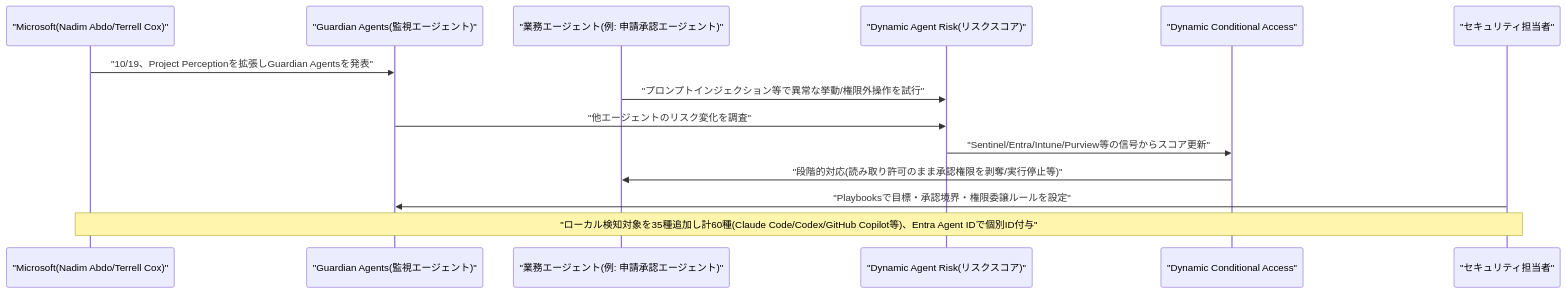
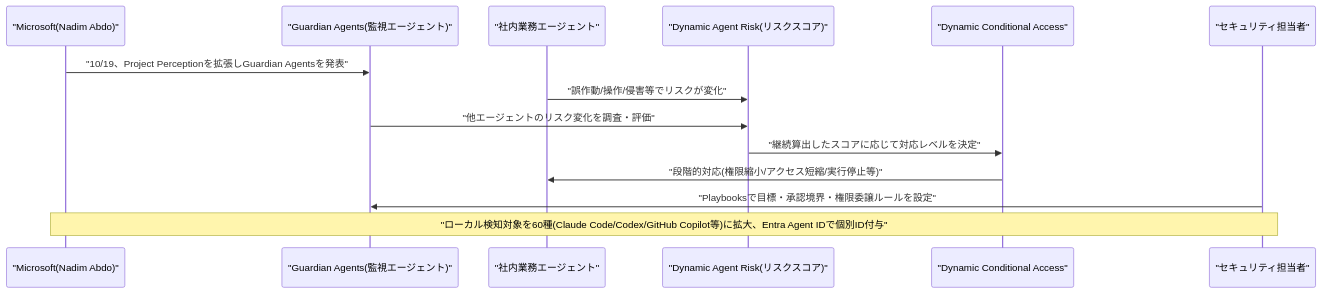
One commit to NaoyaKinoshita/llm-agent-digest changed the first of 2 diagrams in daily/2026/10/2026-10-19.md. Above: the diagram before and after it, drawn with Mermaid. The commit also changed other lines of this file, not shown here.

````diff
--- a/daily/2026/10/2026-10-19.md
+++ b/daily/2026/10/2026-10-19.md
@@ -39,17 +38,17 @@
 ```mermaid
 sequenceDiagram
-    participant MS as "Microsoft(Nadim Abdo/Terrell Cox)"
+    participant MS as "Microsoft(Nadim Abdo)"
     participant Guardian as "Guardian Agents(監視エージェント)"
-    participant Target as "業務エージェント(例: 申請承認エージェント)"
+    participant Target as "社内業務エージェント"
     participant Risk as "Dynamic Agent Risk(リスクスコア)"
     participant Access as "Dynamic Conditional Access"
     participant Sec as "セキュリティ担当者"
 
     MS->>Guardian: "10/19、Project Perceptionを拡張しGuardian Agentsを発表"
-    Target->>Risk: "プロンプトインジェクション等で異常な挙動/権限外操作を試行"
-    Guardian->>Risk: "他エージェントのリスク変化を調査"
-    Risk->>Access: "Sentinel/Entra/Intune/Purview等の信号からスコア更新"
-    Access->>Target: "段階的対応(読み取り許可のまま承認権限を剥奪/実行停止等)"
+    Target->>Risk: "誤作動/操作/侵害等でリスクが変化"
+    Guardian->>Risk: "他エージェントのリスク変化を調査・評価"
+    Risk->>Access: "継続算出したスコアに応じて対応レベルを決定"
+    Access->>Target: "段階的対応(権限縮小/アクセス短縮/実行停止等)"
     Sec->>Guardian: "Playbooksで目標・承認境界・権限委譲ルールを設定"
-    Note over MS,Sec: "ローカル検知対象を35種追加し計60種(Claude Code/Codex/GitHub Copilot等)、Entra Agent IDで個別ID付与"
+    Note over MS,Sec: "ローカル検知対象を60種(Claude Code/Codex/GitHub Copilot等)に拡大、Entra Agent IDで個別ID付与"
 ```
````
